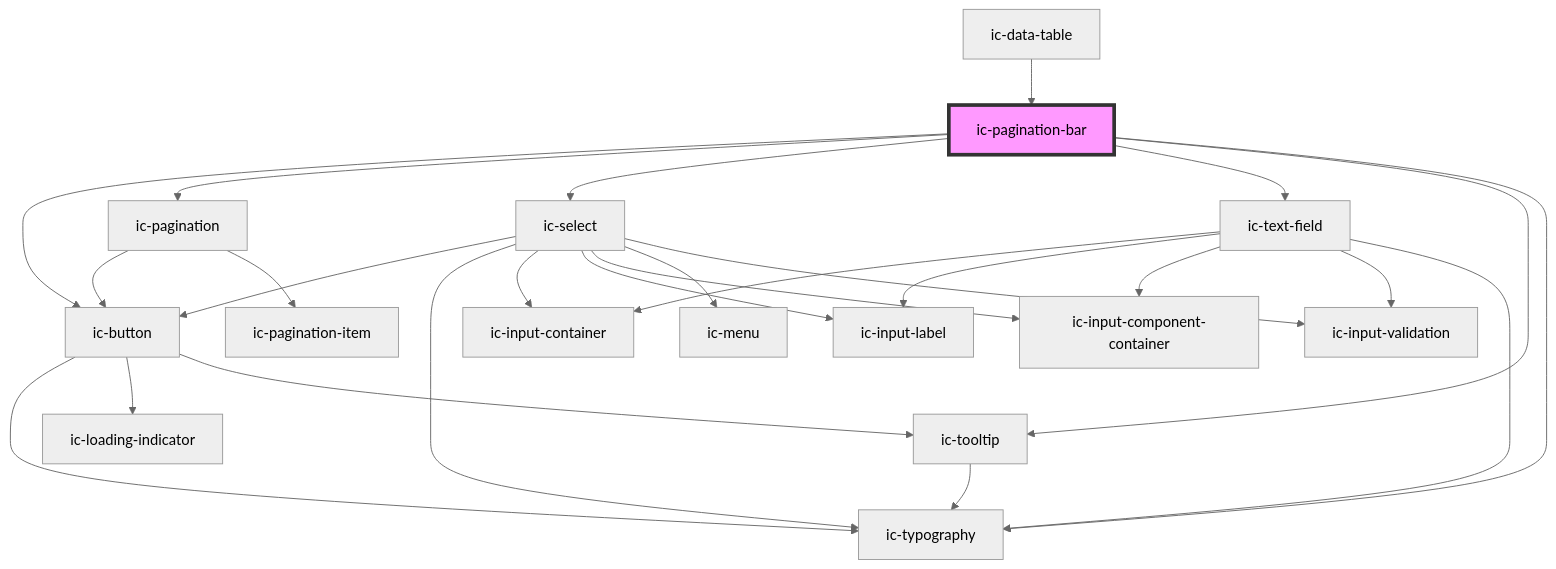
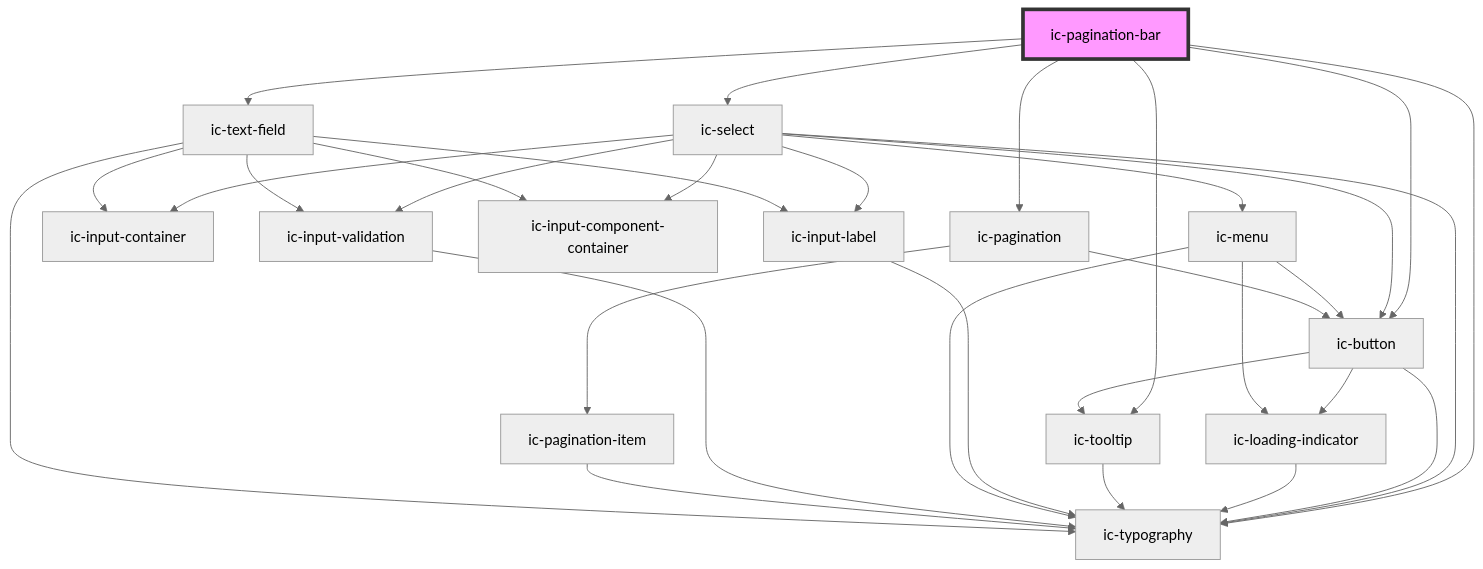
The diagram in packages/web-components/src/components/ic-pagination-bar/readme.md (mi6/ic-ui-kit), drawn with Mermaid (neutral theme) before and after one commit. The commit also changed other lines of this file and 134 other files, not shown here.

````diff
--- a/packages/web-components/src/components/ic-pagination-bar/readme.md
+++ b/packages/web-components/src/components/ic-pagination-bar/readme.md
@@ -60,29 +54,35 @@
 ```mermaid
 graph TD;
+  ic-pagination-bar --> ic-typography
+  ic-pagination-bar --> ic-select
+  ic-pagination-bar --> ic-pagination
+  ic-pagination-bar --> ic-tooltip
+  ic-pagination-bar --> ic-text-field
   ic-pagination-bar --> ic-button
-  ic-pagination-bar --> ic-pagination
-  ic-pagination-bar --> ic-select
-  ic-pagination-bar --> ic-text-field
-  ic-pagination-bar --> ic-tooltip
-  ic-pagination-bar --> ic-typography
-  ic-data-table --> ic-pagination-bar
-  ic-button --> ic-typography
-  ic-button --> ic-loading-indicator
-  ic-button --> ic-tooltip
-  ic-pagination --> ic-button
-  ic-pagination --> ic-pagination-item
   ic-select --> ic-button
   ic-select --> ic-typography
   ic-select --> ic-input-container
   ic-select --> ic-input-label
   ic-select --> ic-input-component-container
   ic-select --> ic-menu
   ic-select --> ic-input-validation
+  ic-button --> ic-typography
+  ic-button --> ic-loading-indicator
+  ic-button --> ic-tooltip
+  ic-loading-indicator --> ic-typography
+  ic-tooltip --> ic-typography
+  ic-input-label --> ic-typography
+  ic-menu --> ic-loading-indicator
+  ic-menu --> ic-typography
+  ic-menu --> ic-button
+  ic-input-validation --> ic-typography
+  ic-pagination --> ic-button
+  ic-pagination --> ic-pagination-item
+  ic-pagination-item --> ic-typography
   ic-text-field --> ic-input-container
   ic-text-field --> ic-input-label
   ic-text-field --> ic-input-component-container
   ic-text-field --> ic-input-validation
   ic-text-field --> ic-typography
-  ic-tooltip --> ic-typography
   style ic-pagination-bar fill:#f9f,stroke:#333,stroke-width:4px
 ```
````
